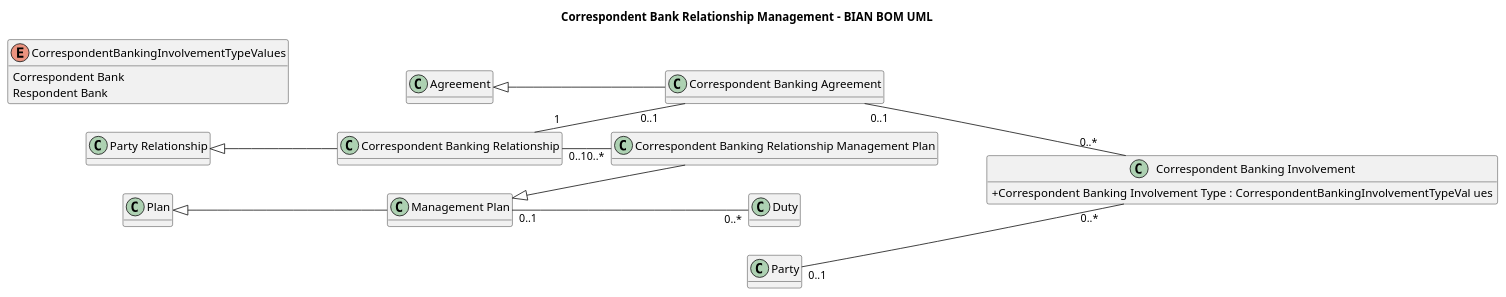
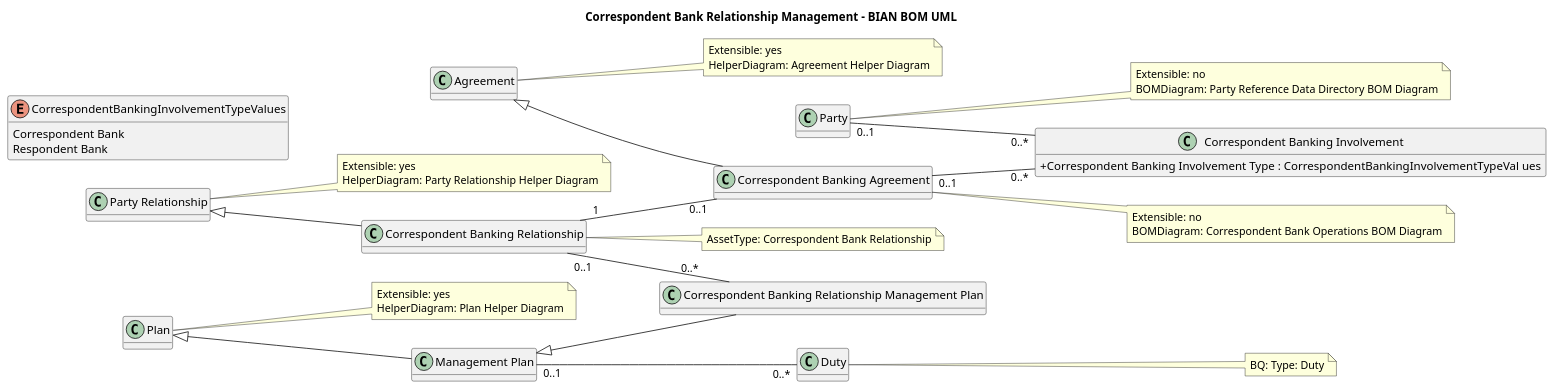
Before and after one commit to aaguerram/generacion_contrato_bian: the diagram in docs/bian-puml/correspondent-bank-relationship-management.puml, drawn with PlantUML. The commit also changed 257 other files, not shown here.

First line of the commit message:
Anota BQ, AssetType, ControlRecord, GenericArtifact, HelperDiagram, BOMDiagram y Extensible en los .puml a partir del .svg fuente

```diff
--- a/docs/bian-puml/correspondent-bank-relationship-management.puml
+++ b/docs/bian-puml/correspondent-bank-relationship-management.puml
@@ -1,58 +1,99 @@
 @startuml
 title Correspondent Bank Relationship Management - BIAN BOM UML
 ' Generated from BIAN diagram for machine-readable context
 ' Service Domain: Correspondent Bank Relationship Management
 ' Source image: correspondent-bank-relationship-management-bom-uml.svg
 ' BIAN source: https://bian.org/servicelandscape-14-0-0/views/view_52090.html
 ' Extraction: SVG semantic extraction
+' Annotation legend (notes linked to a class via an SVG connector line/geometry):
+'   Extensible: yes/no      -> from the class box border color in the SVG:
+'                              red border only (fill #eae8e8 / stroke #c47474) = yes,
+'                              this class's attributes MAY be pulled into this
+'                              diagram from its owning Service Domain if needed;
+'                              fully red (fill #ff8080 / stroke #d91616) = no,
+'                              extending it is not allowed. Absent = plain
+'                              class (fill #ffffff / stroke #d9d9d9), not part
+'                              of this distinction.
+'   BQ: <name>              -> Behavior Qualifier note linked to this class
+'   AssetType: <name>       -> AssetType note linked to this class
+'   ControlRecord: <name>   -> ControlRecord note linked to this class
+'   GenericArtifact: <name> -> GenericArtifact note linked to this class
+'   HelperDiagram: <name>   -> local BOM helper-diagram box named "<Class> Helper Diagram"
+'   BOMDiagram: <name>      -> cross-service-domain BOM diagram box named "<Class> BOM Diagram"
 hide methods
 skinparam classAttributeIconSize 0
 left to right direction
 
 class "Correspondent Banking Involvement" as N164538 {
   + Correspondent Banking Involvement Type : CorrespondentBankingInvolvementTypeVal ues
 }
 
 enum "CorrespondentBankingInvolvementTypeValues" as N164519 {
   Correspondent Bank
   Respondent Bank
 }
 
 class "Agreement" as N164520 {
 }
+note right of N164520
+  Extensible: yes
+  HelperDiagram: Agreement Helper Diagram
+end note
 
 class "Correspondent Banking Agreement" as N164563 {
 }
+note right of N164563
+  Extensible: no
+  BOMDiagram: Correspondent Bank Operations BOM Diagram
+end note
 
 class "Party" as N164539 {
 }
+note right of N164539
+  Extensible: no
+  BOMDiagram: Party Reference Data Directory BOM Diagram
+end note
 
 class "Correspondent Banking Relationship" as N164500 {
 }
+note right of N164500
+  AssetType: Correspondent Bank Relationship
+end note
 
 class "Party Relationship" as N164506 {
 }
+note right of N164506
+  Extensible: yes
+  HelperDiagram: Party Relationship Helper Diagram
+end note
 
 class "Correspondent Banking Relationship Management Plan" as N164528 {
 }
 
 class "Duty" as N164504 {
 }
+note right of N164504
+  BQ: Type: Duty
+end note
 
 class "Management Plan" as N164497 {
 }
 
 class "Plan" as N164562 {
 }
+note right of N164562
+  Extensible: yes
+  HelperDiagram: Plan Helper Diagram
+end note
 
 ' Relationships
 N164520 <|-- N164563
 N164563 "0..1" -- "0..*" N164538
 N164500 "1" -- "0..1" N164563
 N164506 <|-- N164500
 N164500 "0..1" -- "0..*" N164528
 N164497 "0..1" -- "0..*" N164504
 N164562 <|-- N164497
 N164497 <|-- N164528
 N164539 "0..1" -- "0..*" N164538
 @enduml
```
